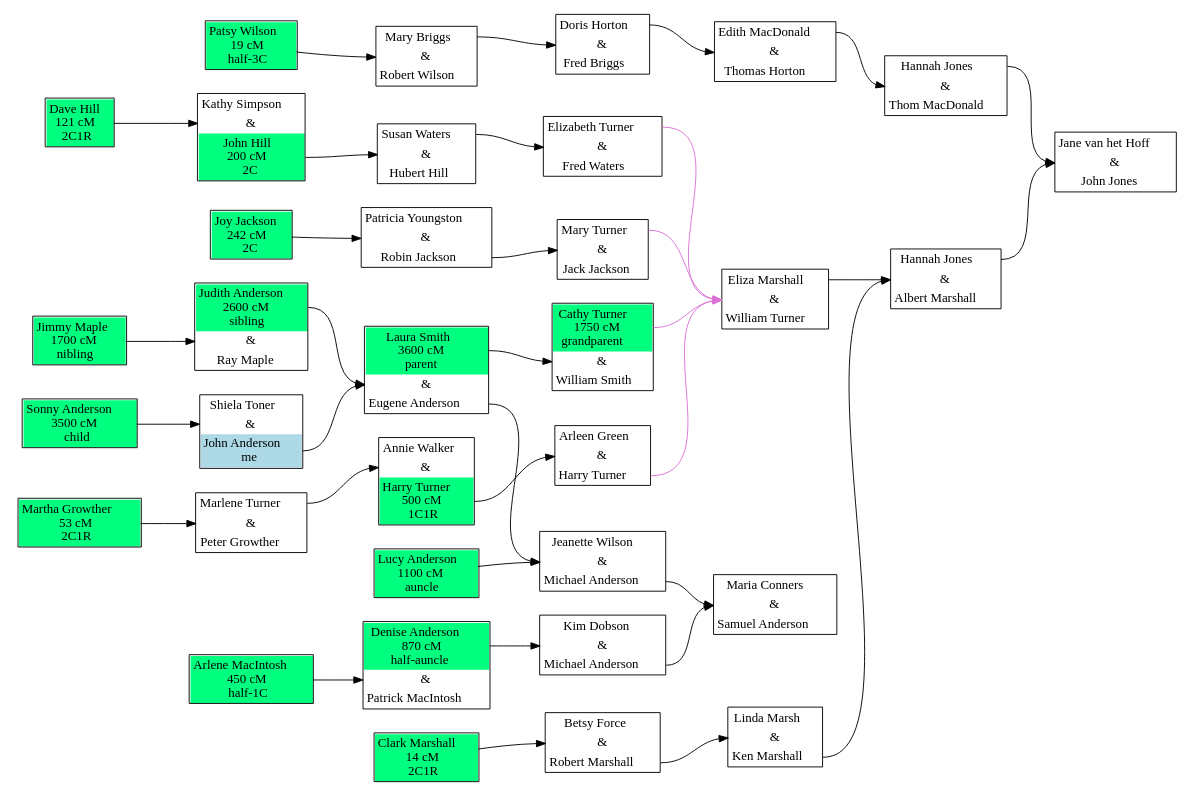
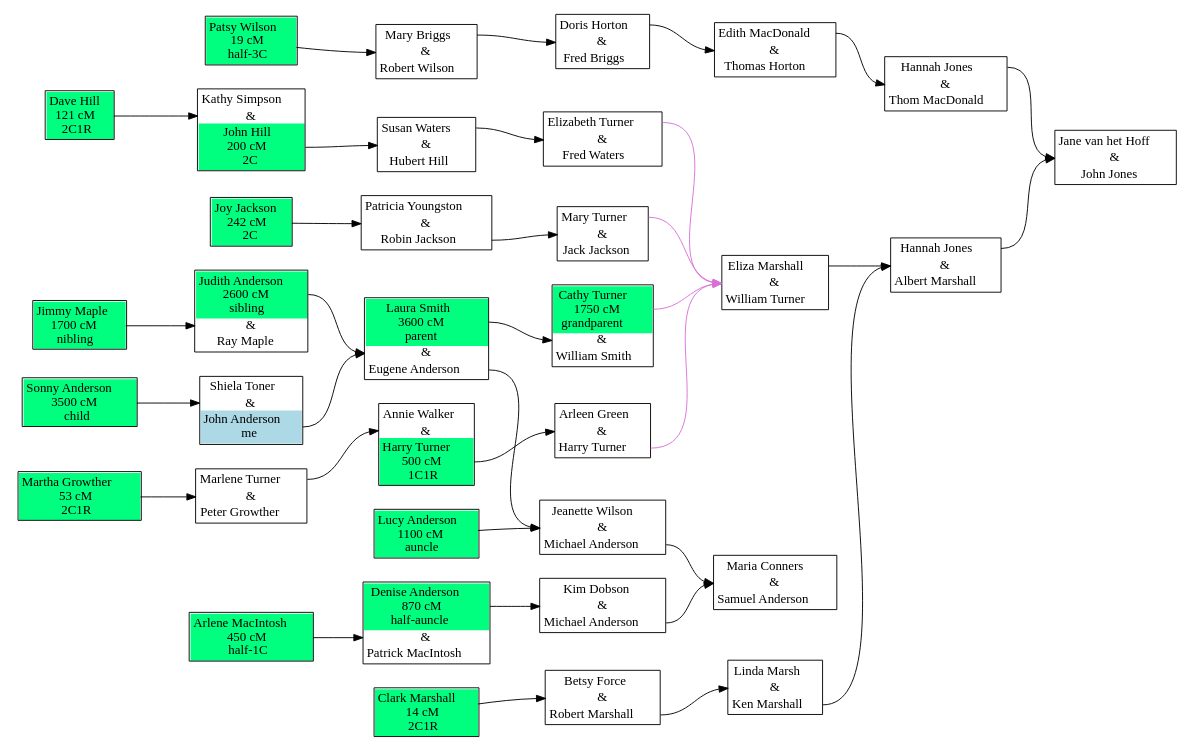
Before and after one commit to johnandrea/draw-dna-matches: the diagram in test-data/larger.dot, drawn with Graphviz. The commit also changed 14 other files, not shown here.

```diff
--- a/test-data/larger.dot
+++ b/test-data/larger.dot
@@ -4,220 +4,220 @@
 f2 [label=<
 <table cellpadding="3" border="1" cellspacing="0" cellborder="0">
 <tr><td port="w">Hannah Jones</td></tr>
-<tr><td port="u">&amp;</td></tr>
+<tr><td port="u" cellpadding="0" cellspacing="0">&amp;</td></tr>
 <tr><td port="h">Thom MacDonald</td></tr>
 </table>>];
 f6 [label=<
 <table cellpadding="3" border="1" cellspacing="0" cellborder="0">
 <tr><td port="w">Hannah Jones</td></tr>
-<tr><td port="u">&amp;</td></tr>
+<tr><td port="u" cellpadding="0" cellspacing="0">&amp;</td></tr>
 <tr><td port="h">Albert Marshall</td></tr>
 </table>>];
 f5 [label=<
 <table cellpadding="3" border="1" cellspacing="0" cellborder="0">
 <tr><td port="w">Mary Briggs</td></tr>
-<tr><td port="u">&amp;</td></tr>
+<tr><td port="u" cellpadding="0" cellspacing="0">&amp;</td></tr>
 <tr><td port="h">Robert Wilson</td></tr>
 </table>>];
 f4 [label=<
 <table cellpadding="3" border="1" cellspacing="0" cellborder="0">
 <tr><td port="w">Doris Horton</td></tr>
-<tr><td port="u">&amp;</td></tr>
+<tr><td port="u" cellpadding="0" cellspacing="0">&amp;</td></tr>
 <tr><td port="h">Fred Briggs</td></tr>
 </table>>];
 f3 [label=<
 <table cellpadding="3" border="1" cellspacing="0" cellborder="0">
 <tr><td port="w">Edith MacDonald</td></tr>
-<tr><td port="u">&amp;</td></tr>
+<tr><td port="u" cellpadding="0" cellspacing="0">&amp;</td></tr>
 <tr><td port="h">Thomas Horton</td></tr>
 </table>>];
 f17 [label=<
 <table cellpadding="3" border="1" cellspacing="0" cellborder="0">
 <tr><td port="w" bgcolor="springgreen">Laura Smith<br/>3600 cM<br/>parent</td></tr>
-<tr><td port="u">&amp;</td></tr>
+<tr><td port="u" cellpadding="0" cellspacing="0">&amp;</td></tr>
 <tr><td port="h">Eugene Anderson</td></tr>
 </table>>];
 f16 [label=<
 <table cellpadding="3" border="1" cellspacing="0" cellborder="0">
 <tr><td port="w" bgcolor="springgreen">Cathy Turner<br/>1750 cM<br/>grandparent</td></tr>
-<tr><td port="u">&amp;</td></tr>
+<tr><td port="u" cellpadding="0" cellspacing="0">&amp;</td></tr>
 <tr><td port="h">William Smith</td></tr>
 </table>>];
 f7 [label=<
 <table cellpadding="3" border="1" cellspacing="0" cellborder="0">
 <tr><td port="w">Eliza Marshall</td></tr>
-<tr><td port="u">&amp;</td></tr>
+<tr><td port="u" cellpadding="0" cellspacing="0">&amp;</td></tr>
 <tr><td port="h">William Turner</td></tr>
 </table>>];
 f1 [label=<
 <table cellpadding="3" border="1" cellspacing="0" cellborder="0">
 <tr><td port="w">Jane van het Hoff</td></tr>
-<tr><td port="u">&amp;</td></tr>
+<tr><td port="u" cellpadding="0" cellspacing="0">&amp;</td></tr>
 <tr><td port="h">John Jones</td></tr>
 </table>>];
 f9 [label=<
 <table cellpadding="3" border="1" cellspacing="0" cellborder="0">
 <tr><td port="w">Susan Waters</td></tr>
-<tr><td port="u">&amp;</td></tr>
+<tr><td port="u" cellpadding="0" cellspacing="0">&amp;</td></tr>
 <tr><td port="h">Hubert Hill</td></tr>
 </table>>];
 f8 [label=<
 <table cellpadding="3" border="1" cellspacing="0" cellborder="0">
 <tr><td port="w">Elizabeth Turner</td></tr>
-<tr><td port="u">&amp;</td></tr>
+<tr><td port="u" cellpadding="0" cellspacing="0">&amp;</td></tr>
 <tr><td port="h">Fred Waters</td></tr>
 </table>>];
 f10 [label=<
 <table cellpadding="3" border="1" cellspacing="0" cellborder="0">
 <tr><td port="w">Kathy Simpson</td></tr>
-<tr><td port="u">&amp;</td></tr>
+<tr><td port="u" cellpadding="0" cellspacing="0">&amp;</td></tr>
 <tr><td port="h" bgcolor="springgreen">John Hill<br/>200 cM<br/>2C</td></tr>
 </table>>];
 f12 [label=<
 <table cellpadding="3" border="1" cellspacing="0" cellborder="0">
 <tr><td port="w">Patricia Youngston</td></tr>
-<tr><td port="u">&amp;</td></tr>
+<tr><td port="u" cellpadding="0" cellspacing="0">&amp;</td></tr>
 <tr><td port="h">Robin Jackson</td></tr>
 </table>>];
 f11 [label=<
 <table cellpadding="3" border="1" cellspacing="0" cellborder="0">
 <tr><td port="w">Mary Turner</td></tr>
-<tr><td port="u">&amp;</td></tr>
+<tr><td port="u" cellpadding="0" cellspacing="0">&amp;</td></tr>
 <tr><td port="h">Jack Jackson</td></tr>
 </table>>];
 f13 [label=<
 <table cellpadding="3" border="1" cellspacing="0" cellborder="0">
 <tr><td port="w">Arleen Green</td></tr>
-<tr><td port="u">&amp;</td></tr>
+<tr><td port="u" cellpadding="0" cellspacing="0">&amp;</td></tr>
 <tr><td port="h">Harry Turner</td></tr>
 </table>>];
 f15 [label=<
 <table cellpadding="3" border="1" cellspacing="0" cellborder="0">
 <tr><td port="w">Marlene Turner</td></tr>
-<tr><td port="u">&amp;</td></tr>
+<tr><td port="u" cellpadding="0" cellspacing="0">&amp;</td></tr>
 <tr><td port="h">Peter Growther</td></tr>
 </table>>];
 f14 [label=<
 <table cellpadding="3" border="1" cellspacing="0" cellborder="0">
 <tr><td port="w">Annie Walker</td></tr>
-<tr><td port="u">&amp;</td></tr>
+<tr><td port="u" cellpadding="0" cellspacing="0">&amp;</td></tr>
 <tr><td port="h" bgcolor="springgreen">Harry Turner<br/>500 cM<br/>1C1R</td></tr>
 </table>>];
 f19 [label=<
 <table cellpadding="3" border="1" cellspacing="0" cellborder="0">
 <tr><td port="w">Betsy Force</td></tr>
-<tr><td port="u">&amp;</td></tr>
+<tr><td port="u" cellpadding="0" cellspacing="0">&amp;</td></tr>
 <tr><td port="h">Robert Marshall</td></tr>
 </table>>];
 f18 [label=<
 <table cellpadding="3" border="1" cellspacing="0" cellborder="0">
 <tr><td port="w">Linda Marsh</td></tr>
-<tr><td port="u">&amp;</td></tr>
+<tr><td port="u" cellpadding="0" cellspacing="0">&amp;</td></tr>
 <tr><td port="h">Ken Marshall</td></tr>
 </table>>];
 f20 [label=<
 <table cellpadding="3" border="1" cellspacing="0" cellborder="0">
 <tr><td port="w">Jeanette Wilson</td></tr>
-<tr><td port="u">&amp;</td></tr>
+<tr><td port="u" cellpadding="0" cellspacing="0">&amp;</td></tr>
 <tr><td port="h">Michael Anderson</td></tr>
 </table>>];
 f21 [label=<
 <table cellpadding="3" border="1" cellspacing="0" cellborder="0">
 <tr><td port="w">Shiela Toner</td></tr>
-<tr><td port="u">&amp;</td></tr>
+<tr><td port="u" cellpadding="0" cellspacing="0">&amp;</td></tr>
 <tr><td port="h" bgcolor="lightblue">John Anderson<br/>me</td></tr>
 </table>>];
 f22 [label=<
 <table cellpadding="3" border="1" cellspacing="0" cellborder="0">
 <tr><td port="w">Kim Dobson</td></tr>
-<tr><td port="u">&amp;</td></tr>
+<tr><td port="u" cellpadding="0" cellspacing="0">&amp;</td></tr>
 <tr><td port="h">Michael Anderson</td></tr>
 </table>>];
 f24 [label=<
 <table cellpadding="3" border="1" cellspacing="0" cellborder="0">
 <tr><td port="w">Maria Conners</td></tr>
-<tr><td port="u">&amp;</td></tr>
+<tr><td port="u" cellpadding="0" cellspacing="0">&amp;</td></tr>
 <tr><td port="h">Samuel Anderson</td></tr>
 </table>>];
 f23 [label=<
 <table cellpadding="3" border="1" cellspacing="0" cellborder="0">
 <tr><td port="w" bgcolor="springgreen">Denise Anderson<br/>870 cM<br/>half-auncle</td></tr>
-<tr><td port="u">&amp;</td></tr>
+<tr><td port="u" cellpadding="0" cellspacing="0">&amp;</td></tr>
 <tr><td port="h">Patrick MacIntosh</td></tr>
 </table>>];
 f25 [label=<
 <table cellpadding="3" border="1" cellspacing="0" cellborder="0">
 <tr><td port="w" bgcolor="springgreen">Judith Anderson<br/>2600 cM<br/>sibling</td></tr>
-<tr><td port="u">&amp;</td></tr>
+<tr><td port="u" cellpadding="0" cellspacing="0">&amp;</td></tr>
 <tr><td port="h">Ray Maple</td></tr>
+</table>>];
+i11 [label=<
+<table cellpadding="3" border="1" cellspacing="0" cellborder="0">
+<tr><td port="i" bgcolor="springgreen">Patsy Wilson<br/>19 cM<br/>half-3C</td></tr>
+</table>>];
+i57 [label=<
+<table cellpadding="3" border="1" cellspacing="0" cellborder="0">
+<tr><td port="i" bgcolor="springgreen">Jimmy Maple<br/>1700 cM<br/>nibling</td></tr>
+</table>>];
+i43 [label=<
+<table cellpadding="3" border="1" cellspacing="0" cellborder="0">
+<tr><td port="i" bgcolor="springgreen">Clark Marshall<br/>14 cM<br/>2C1R</td></tr>
+</table>>];
+i24 [label=<
+<table cellpadding="3" border="1" cellspacing="0" cellborder="0">
+<tr><td port="i" bgcolor="springgreen">Dave Hill<br/>121 cM<br/>2C1R</td></tr>
+</table>>];
+i34 [label=<
+<table cellpadding="3" border="1" cellspacing="0" cellborder="0">
+<tr><td port="i" bgcolor="springgreen">Martha Growther<br/>53 cM<br/>2C1R</td></tr>
+</table>>];
+i53 [label=<
+<table cellpadding="3" border="1" cellspacing="0" cellborder="0">
+<tr><td port="i" bgcolor="springgreen">Arlene MacIntosh<br/>450 cM<br/>half-1C</td></tr>
+</table>>];
+i28 [label=<
+<table cellpadding="3" border="1" cellspacing="0" cellborder="0">
+<tr><td port="i" bgcolor="springgreen">Joy Jackson<br/>242 cM<br/>2C</td></tr>
+</table>>];
+i48 [label=<
+<table cellpadding="3" border="1" cellspacing="0" cellborder="0">
+<tr><td port="i" bgcolor="springgreen">Sonny Anderson<br/>3500 cM<br/>child</td></tr>
 </table>>];
 i46 [label=<
 <table cellpadding="3" border="1" cellspacing="0" cellborder="0">
 <tr><td port="i" bgcolor="springgreen">Lucy Anderson<br/>1100 cM<br/>auncle</td></tr>
 </table>>];
-i48 [label=<
-<table cellpadding="3" border="1" cellspacing="0" cellborder="0">
-<tr><td port="i" bgcolor="springgreen">Sonny Anderson<br/>3500 cM<br/>child</td></tr>
-</table>>];
-i28 [label=<
-<table cellpadding="3" border="1" cellspacing="0" cellborder="0">
-<tr><td port="i" bgcolor="springgreen">Joy Jackson<br/>242 cM<br/>2C</td></tr>
-</table>>];
-i43 [label=<
-<table cellpadding="3" border="1" cellspacing="0" cellborder="0">
-<tr><td port="i" bgcolor="springgreen">Clark Marshall<br/>14 cM<br/>2C1R</td></tr>
-</table>>];
-i53 [label=<
-<table cellpadding="3" border="1" cellspacing="0" cellborder="0">
-<tr><td port="i" bgcolor="springgreen">Arlene MacIntosh<br/>450 cM<br/>half-1C</td></tr>
-</table>>];
-i57 [label=<
-<table cellpadding="3" border="1" cellspacing="0" cellborder="0">
-<tr><td port="i" bgcolor="springgreen">Jimmy Maple<br/>1700 cM<br/>nibling</td></tr>
-</table>>];
-i24 [label=<
-<table cellpadding="3" border="1" cellspacing="0" cellborder="0">
-<tr><td port="i" bgcolor="springgreen">Dave Hill<br/>121 cM<br/>2C1R</td></tr>
-</table>>];
-i11 [label=<
-<table cellpadding="3" border="1" cellspacing="0" cellborder="0">
-<tr><td port="i" bgcolor="springgreen">Patsy Wilson<br/>19 cM<br/>half-3C</td></tr>
-</table>>];
-i34 [label=<
-<table cellpadding="3" border="1" cellspacing="0" cellborder="0">
-<tr><td port="i" bgcolor="springgreen">Martha Growther<br/>53 cM<br/>2C1R</td></tr>
-</table>>];
+f3:w -> f2:u;
+i24:i -> f10:u;
+i53:i -> f23:u;
+f21:h -> f17:u;
+f7:w -> f6:u;
+i43:i -> f19:u;
+f22:h -> f24:u;
+f13:h -> f7:u [color=orchid];
+f15:w -> f14:u;
+f20:h -> f24:u;
+f6:w -> f1:u;
+f17:h -> f20:u;
+f16:w -> f7:u [color=orchid];
+f10:h -> f9:u;
+f4:w -> f3:u;
+f23:w -> f22:u;
+i46:i -> f20:u;
+i28:i -> f12:u;
+i11:i -> f5:u;
+f14:h -> f13:u;
+f9:w -> f8:u;
+i48:i -> f21:u;
+f5:w -> f4:u;
 f25:w -> f17:u;
-f19:h -> f18:u;
-f5:w -> f4:u;
-f20:h -> f24:u;
-i43:i -> f19:u;
-i28:i -> f12:u;
+i57:i -> f25:u;
+f8:w -> f7:u [color=orchid];
+f12:h -> f11:u;
+f11:w -> f7:u [color=orchid];
 i34:i -> f15:u;
 f2:w -> f1:u;
-f21:h -> f17:u;
-f12:h -> f11:u;
-i48:i -> f21:u;
-i57:i -> f25:u;
-f14:h -> f13:u;
-f11:w -> f7:u [color=orchid];
-f7:w -> f6:u;
-f17:h -> f20:u;
-f10:h -> f9:u;
-i11:i -> f5:u;
-f3:w -> f2:u;
 f17:w -> f16:u;
-f23:w -> f22:u;
-i24:i -> f10:u;
-f6:w -> f1:u;
-f13:h -> f7:u [color=orchid];
-i46:i -> f20:u;
-f4:w -> f3:u;
-f9:w -> f8:u;
-f15:w -> f14:u;
-f16:w -> f7:u [color=orchid];
-f22:h -> f24:u;
-i53:i -> f23:u;
 f18:h -> f6:u;
-f8:w -> f7:u [color=orchid];
+f19:h -> f18:u;
 }
```
